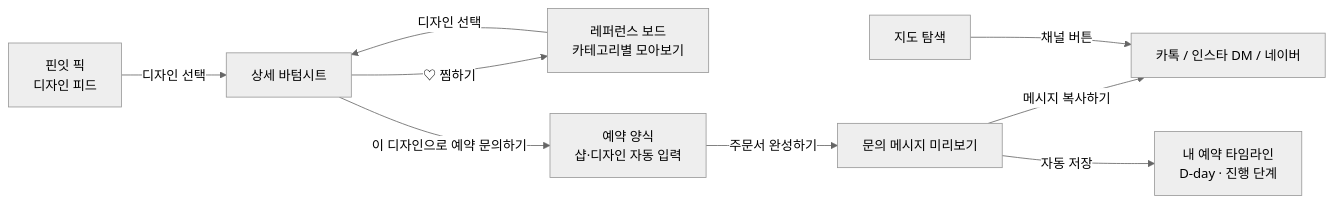
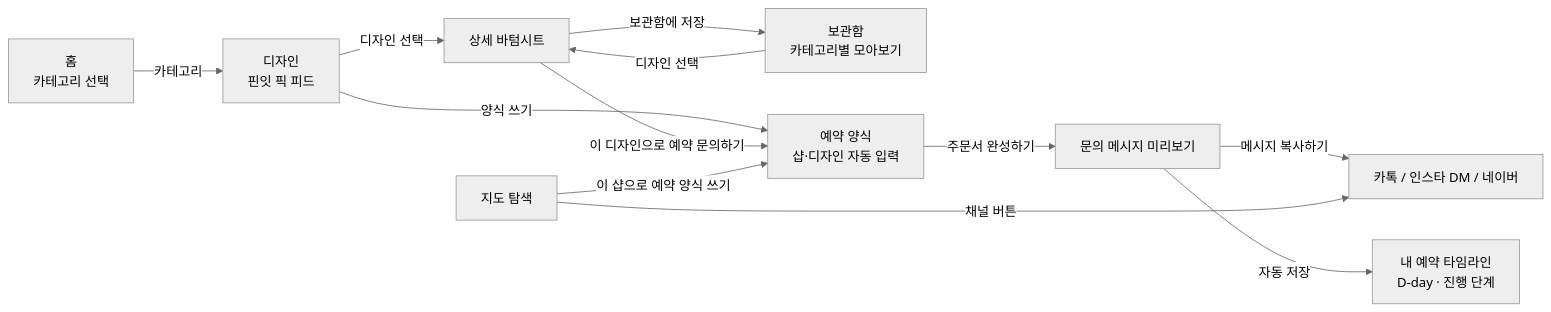
One commit to yeonland/pinit-app changed the diagram in README.md. Above: the diagram before and after it, drawn with Mermaid (neutral theme). The commit also changed other lines of this file, not shown here.

````diff
--- a/README.md
+++ b/README.md
@@ -38,11 +40,14 @@
 ```mermaid
 flowchart LR
-    A[핀잇 픽<br/>디자인 피드] -->|디자인 선택| B[상세 바텀시트]
-    B -->|♡ 찜하기| H[레퍼런스 보드<br/>카테고리별 모아보기]
+    Z[홈<br/>카테고리 선택] -->|카테고리| A[디자인<br/>핀잇 픽 피드]
+    A -->|디자인 선택| B[상세 바텀시트]
+    B -->|보관함에 저장| H[보관함<br/>카테고리별 모아보기]
     H -->|디자인 선택| B
+    A -->|양식 쓰기| C
     B -->|이 디자인으로 예약 문의하기| C[예약 양식<br/>샵·디자인 자동 입력]
+    F[지도 탐색] -->|이 샵으로 예약 양식 쓰기| C
     C -->|주문서 완성하기| D[문의 메시지 미리보기]
     D -->|메시지 복사하기| E[카톡 / 인스타 DM / 네이버]
     D -->|자동 저장| G[내 예약 타임라인<br/>D-day · 진행 단계]
-    F[지도 탐색] -->|채널 버튼| E
+    F -->|채널 버튼| E
 ```
````
